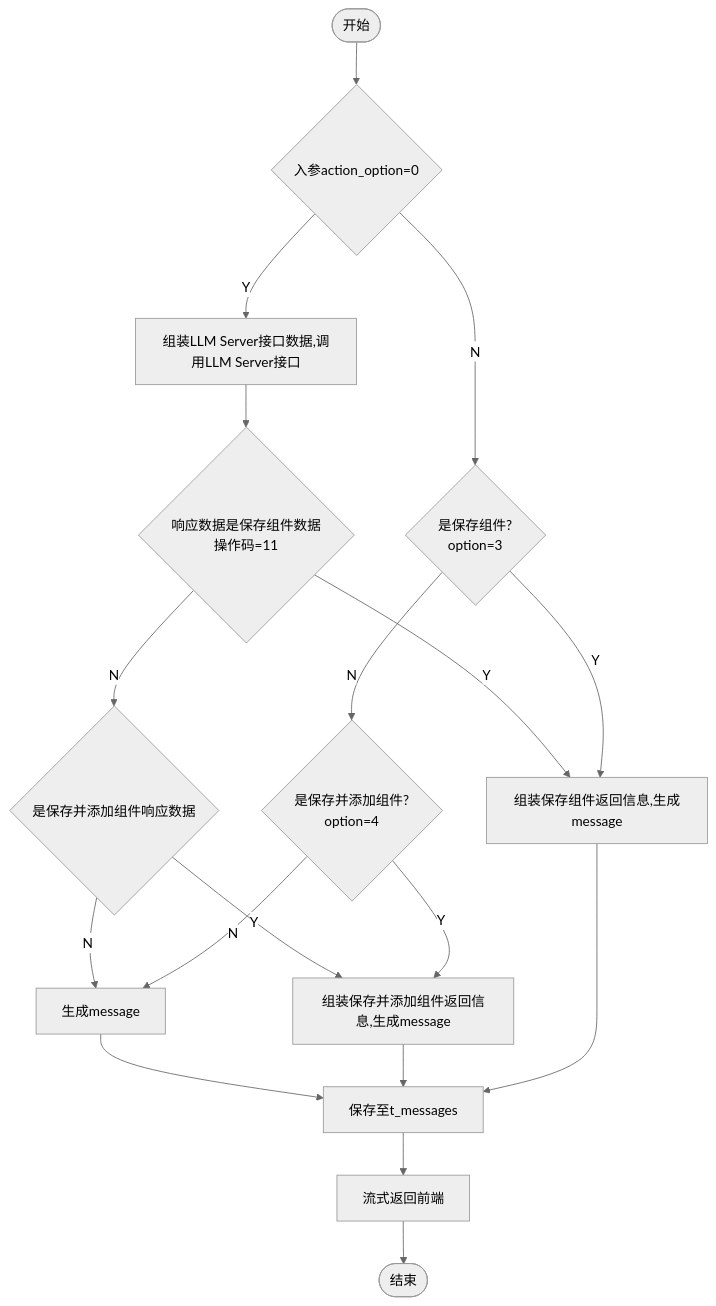
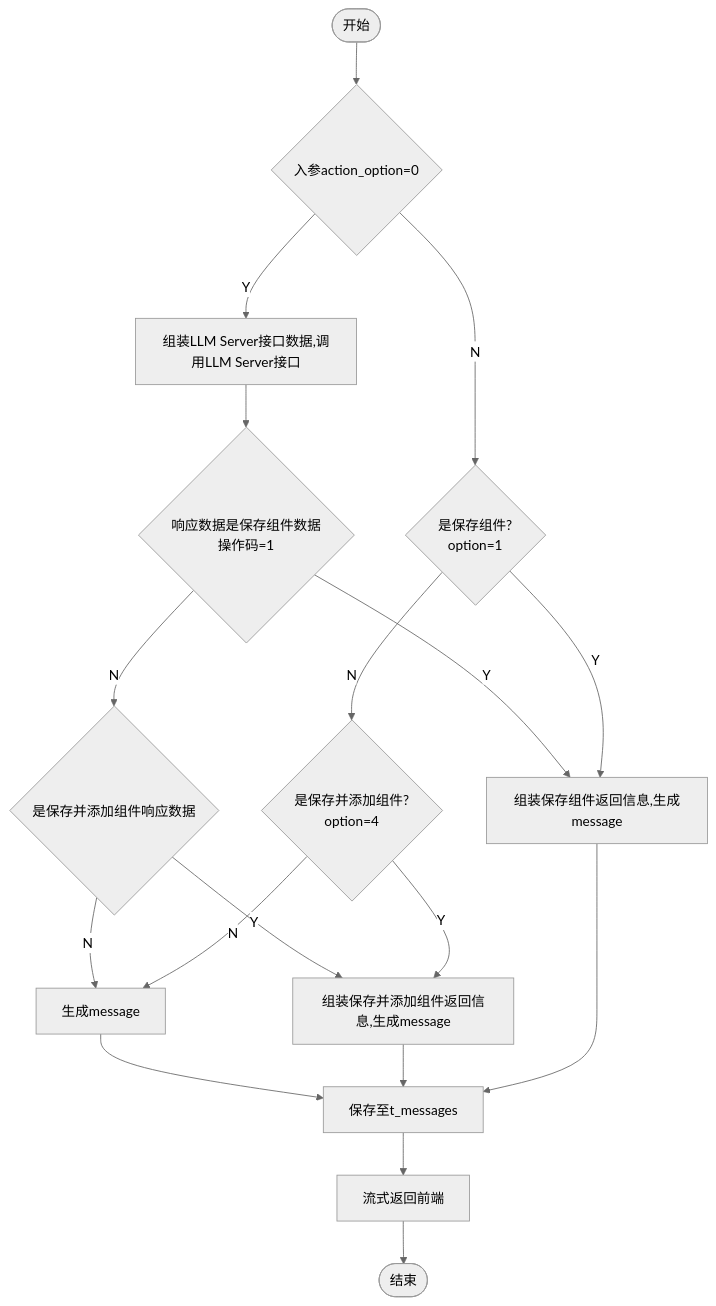
The diagram in all/添加保存组件.md (yingjianzh/iodraw-files), drawn with Mermaid (neutral theme) before and after one commit.

Commit message:
2024-10-15 15:25:57 update

````diff
--- a/all/添加保存组件.md
+++ b/all/添加保存组件.md
@@ -1,21 +1,21 @@
 ```mermaid
 flowchart TD
     A([开始]) --> B{入参action_option=0}
     B -- Y --> C[组装LLM Server接口数据,调用LLM Server接口]
-    C --> E{响应数据是保存组件数据 \n 操作码=11}
-    B -- N --> D{是保存组件? \n option=3}
+    C --> E{响应数据是保存组件数据 \n 操作码=1}
+    B -- N --> D{是保存组件? \n option=1}
     E -- N --> L{是保存并添加组件响应数据}
     E -- Y --> F[组装保存组件返回信息,生成message]
     
     L -- N --> R[生成message]
     R --> G
     L -- Y --> K
     D -- Y --> F
     D -- N --> J{是保存并添加组件? \n option=4}
     J -- Y --> K[组装保存并添加组件返回信息,生成message]
     K --> G
     J -- N --> R
     F --> G[保存至t_messages]
     G --> H[流式返回前端]
     H --> I([结束])
 ```
````
